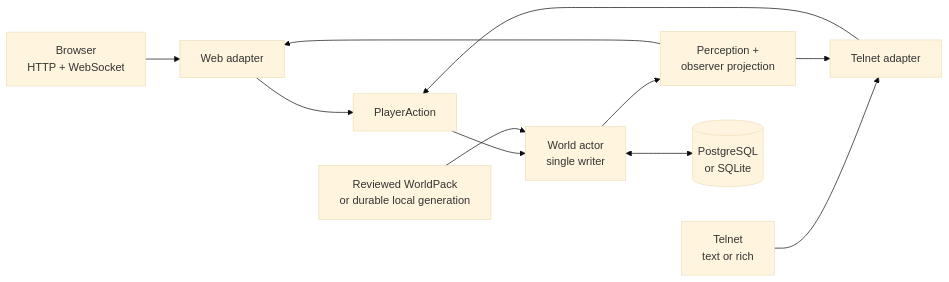
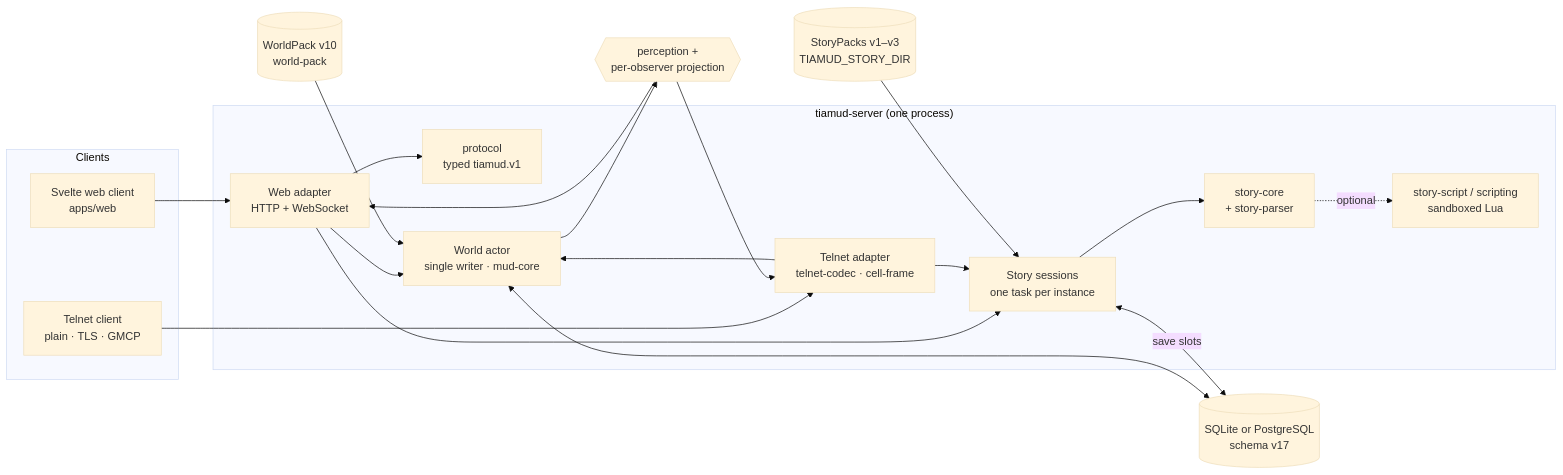
The diagram in README.md (hyukudan/tiamud), drawn with Mermaid (base theme) before and after one commit. The commit also changed other lines of this file, not shown here.

````diff
--- a/README.md
+++ b/README.md
@@ -98,16 +97,41 @@
 ```mermaid
 flowchart LR
-    accTitle: Tiamud shared action architecture
-    accDescr: Browser and terminal share an authorized domain path, per-observer projection and a single selected persistence system.
+    accTitle: Tiamud architecture
+    accDescr: Browser and Telnet clients reach one server process; MUD actions go to a single-writer world actor, story inputs to per-instance story tasks; both persist to exactly one backend.
 
-    Browser[Browser<br/>HTTP + WebSocket] --> Web[Web adapter]
-    Telnet[Telnet<br/>text or rich] --> TN[Telnet adapter]
-    Web --> Action[PlayerAction]
-    TN --> Action
-    Action --> Actor[World actor<br/>single writer]
-    Actor --> Projection[Perception +<br/>observer projection]
-    Projection --> Web
-    Projection --> TN
-    Actor <--> Store[(PostgreSQL<br/>or SQLite)]
-    Pack[Reviewed WorldPack<br/>or durable local generation] --> Actor
+    subgraph Clients
+        Web["Svelte web client<br/>apps/web"]
+        Tel["Telnet client<br/>plain · TLS · GMCP"]
+    end
+
+    subgraph Server["tiamud-server (one process)"]
+        WA["Web adapter<br/>HTTP + WebSocket"]
+        TA["Telnet adapter<br/>telnet-codec · cell-frame"]
+        Proto["protocol<br/>typed tiamud.v1"]
+        Actor["World actor<br/>single writer · mud-core"]
+        Story["Story sessions<br/>one task per instance"]
+        SC["story-core<br/>+ story-parser"]
+        Lua["story-script / scripting<br/>sandboxed Lua"]
+    end
+
+    WP[("WorldPack v10<br/>world-pack")]
+    SP[("StoryPacks v1–v3<br/>TIAMUD_STORY_DIR")]
+    DB[("SQLite or PostgreSQL<br/>schema v17")]
+
+    Web --> WA
+    Tel --> TA
+    WA --> Proto
+    WA --> Actor
+    TA --> Actor
+    WA --> Story
+    TA --> Story
+    Actor --> SC2{{"perception +<br/>per-observer projection"}}
+    SC2 --> WA
+    SC2 --> TA
+    Story --> SC
+    SC -. optional .-> Lua
+    WP --> Actor
+    SP --> Story
+    Actor <--> DB
+    Story <-->|save slots| DB
 ```
````
